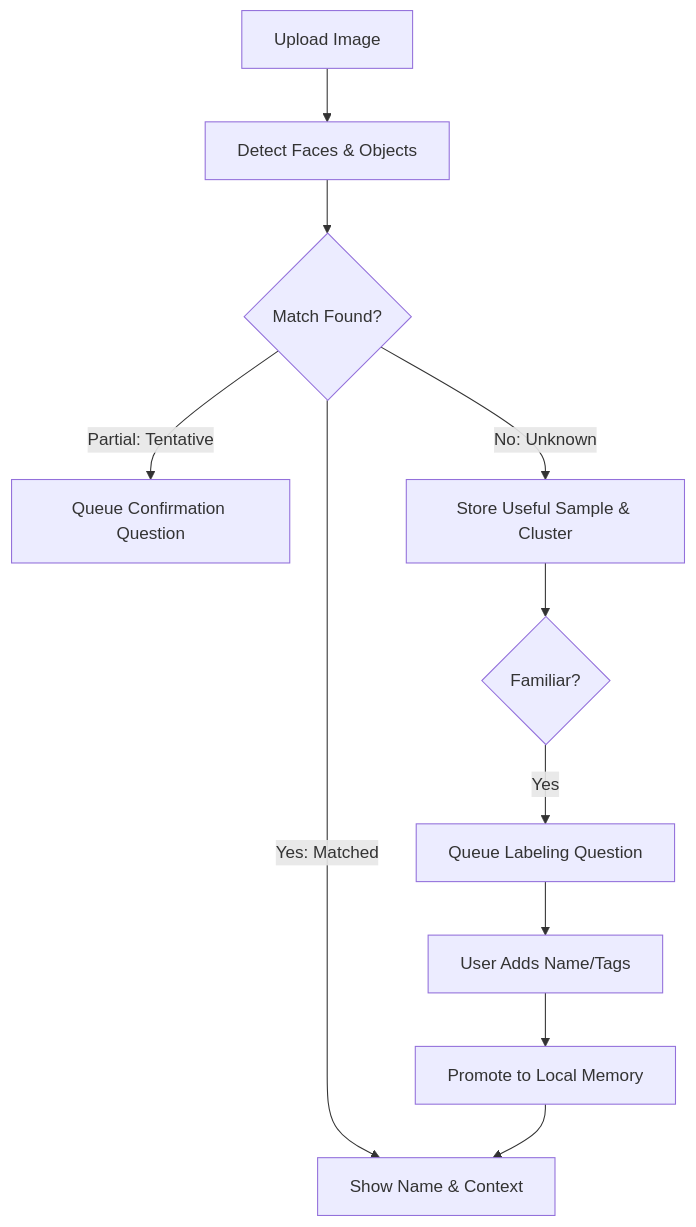
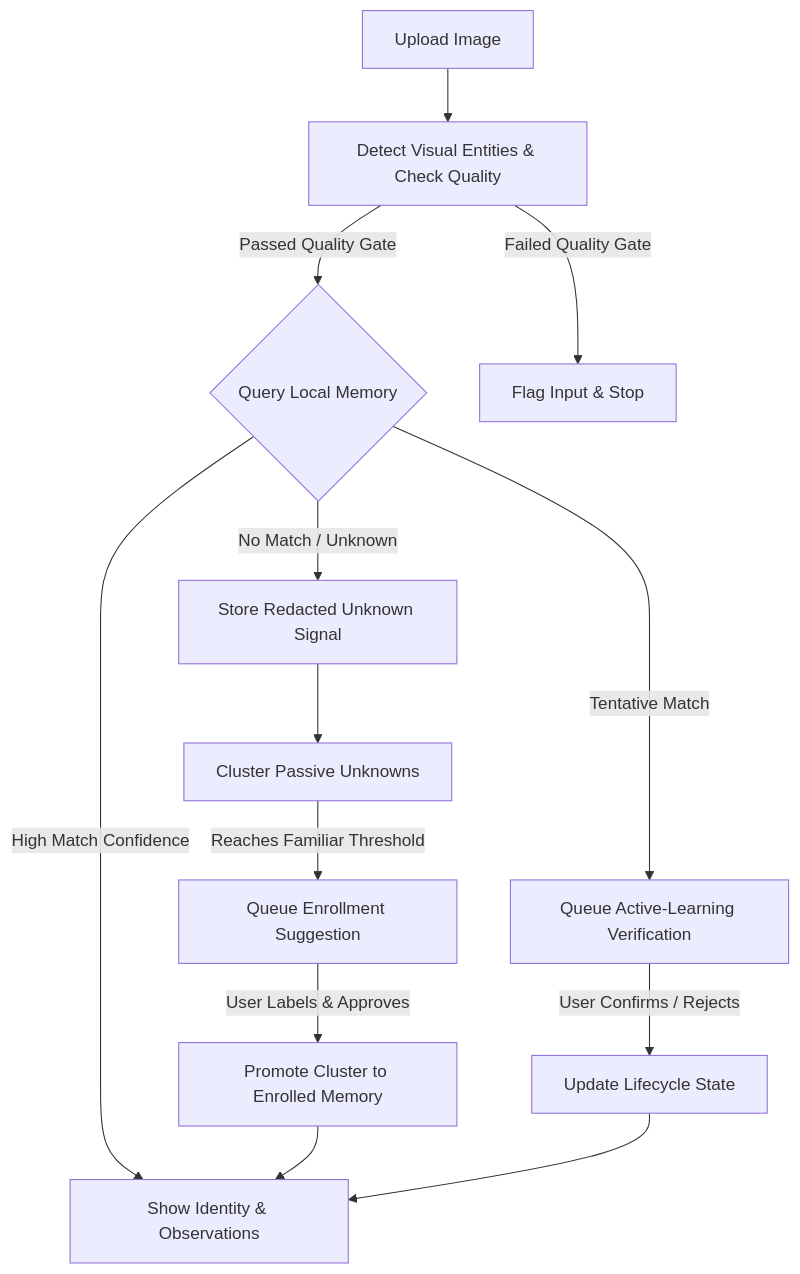
One commit to KanakMalpani/Self-Learning-Vision changed the first of 2 diagrams in README.md. Above: the diagram before and after it, drawn with Mermaid. The commit also changed other lines of this file, not shown here.

Commit message:
docs: revamp README.md with brilliant visual workflows, architectures, and matrices

````diff
--- a/README.md
+++ b/README.md
@@ -67,13 +74,19 @@
 ```mermaid
 flowchart TD
-    A[Upload Image] --> B[Detect Faces & Objects]
-    B --> C{Match Found?}
-    C -->|Yes: Matched| D[Show Name & Context]
-    C -->|Partial: Tentative| E[Queue Confirmation Question]
-    C -->|No: Unknown| F[Store Useful Sample & Cluster]
-    F --> G{Familiar?}
-    G -->|Yes| H[Queue Labeling Question]
-    H --> I[User Adds Name/Tags]
-    I --> J[Promote to Local Memory]
+    A[Upload Image] --> B[Detect Visual Entities & Check Quality]
+    B -->|Passed Quality Gate| C{Query Local Memory}
+    B -->|Failed Quality Gate| F[Flag Input & Stop]
+    
+    C -->|High Match Confidence| D[Show Identity & Observations]
+    C -->|Tentative Match| E[Queue Active-Learning Verification]
+    C -->|No Match / Unknown| G[Store Redacted Unknown Signal]
+    
+    G --> H[Cluster Passive Unknowns]
+    H -->|Reaches Familiar Threshold| I[Queue Enrollment Suggestion]
+    
+    E -->|User Confirms / Rejects| J[Update Lifecycle State]
+    I -->|User Labels & Approves| K[Promote Cluster to Enrolled Memory]
+    
+    K --> D
     J --> D
 ```
````
